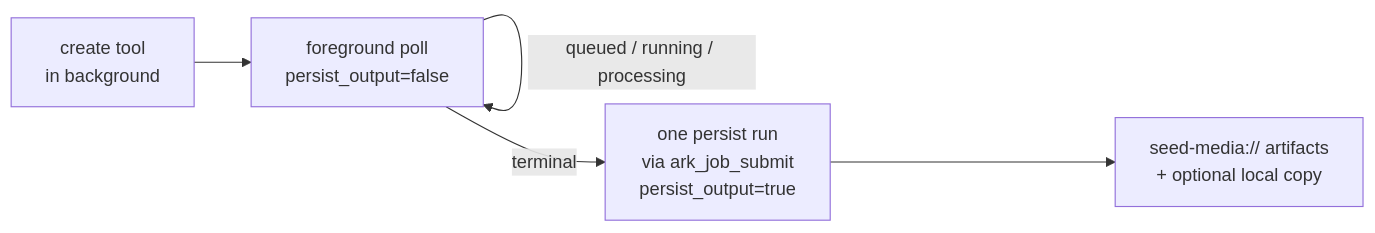
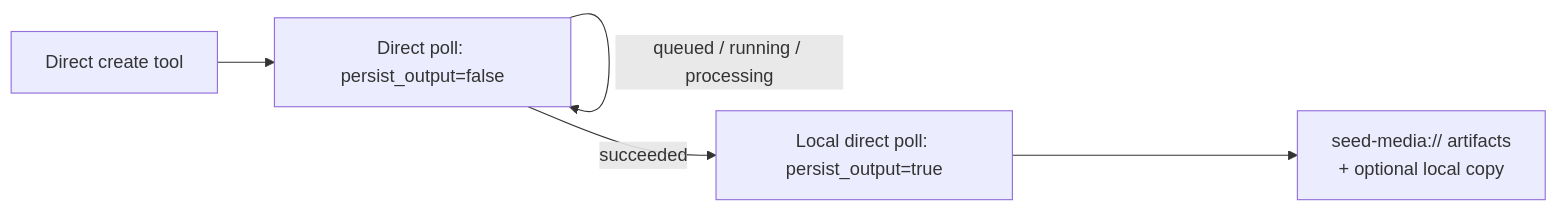
One commit to byteplus-sa/seed-mcp changed the diagram in .agents/skills/ark-mcp/references/polling-and-artifacts.md. Above: the diagram before and after it, drawn with Mermaid. The commit also changed other lines of this file and 274 other files, not shown here.

````diff
--- a/.agents/skills/ark-mcp/references/polling-and-artifacts.md
+++ b/.agents/skills/ark-mcp/references/polling-and-artifacts.md
@@ -20,7 +20,7 @@
 ```mermaid
 flowchart LR
-    A[create tool<br/>in background] --> B[foreground poll<br/>persist_output=false]
+    A["Direct create tool"] --> B["Direct poll: persist_output=false"]
     B -->|queued / running / processing| B
-    B -->|terminal| C[one persist run<br/>via ark_job_submit<br/>persist_output=true]
+    B -->|succeeded| C["Local direct poll: persist_output=true"]
     C --> D[seed-media:// artifacts<br/>+ optional local copy]
 ```
````
